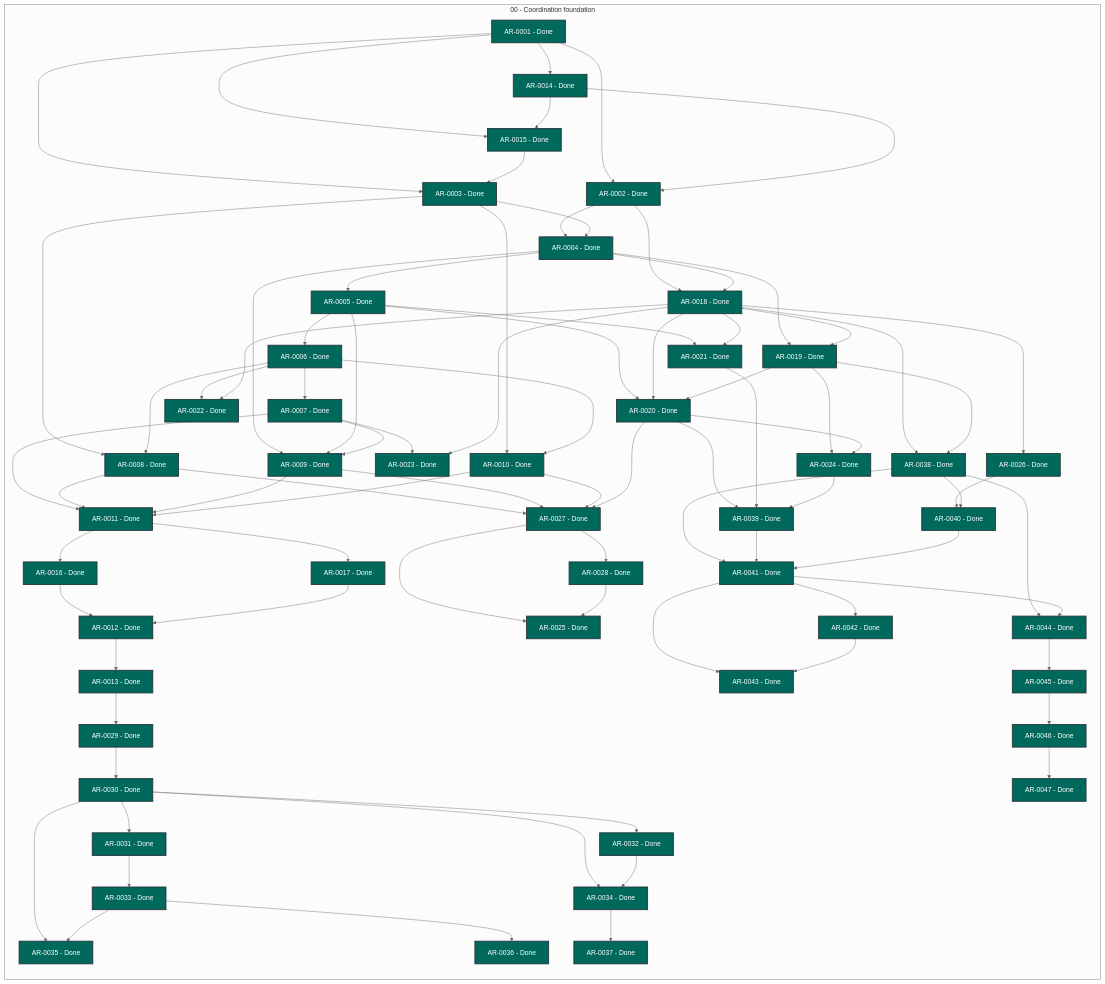
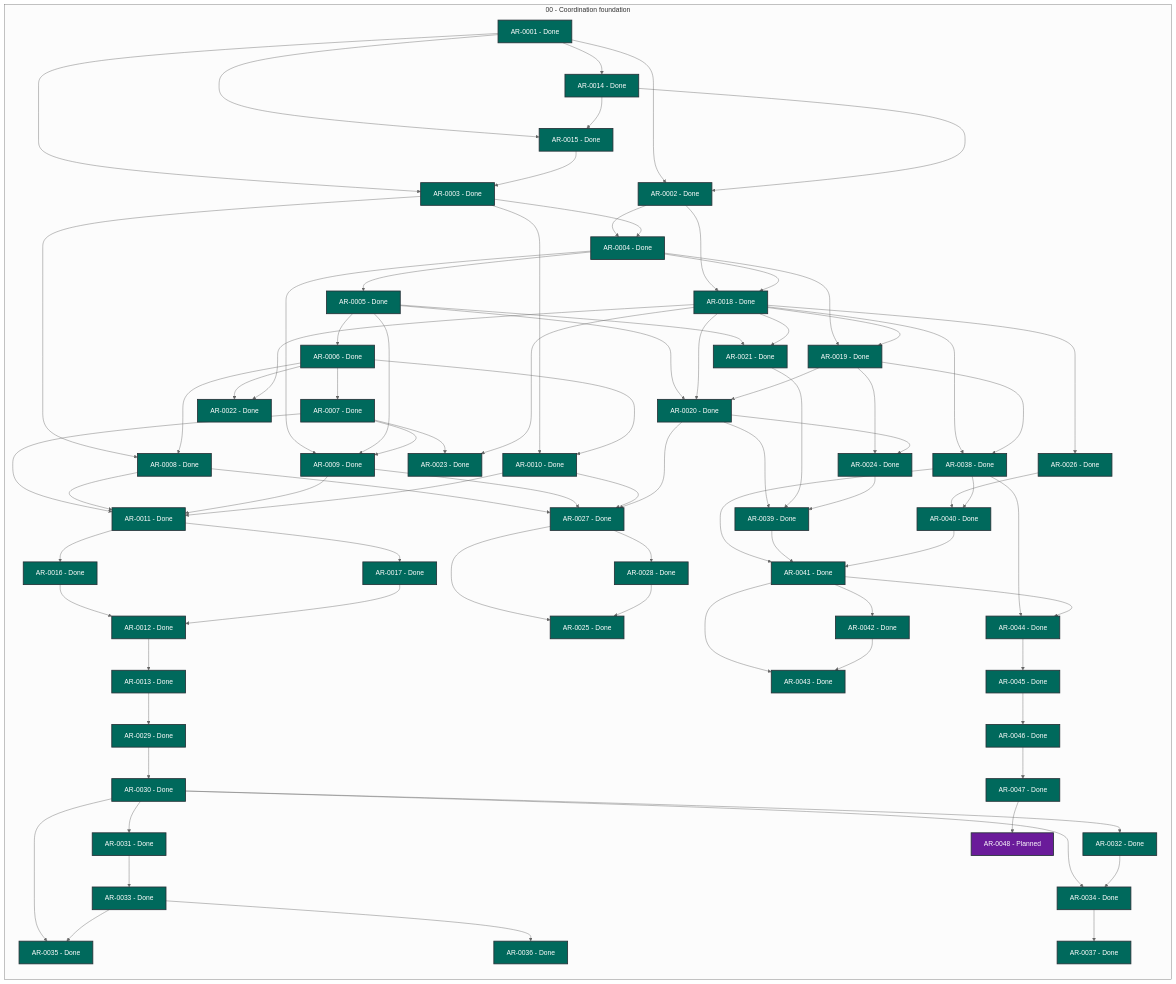
The diagram in STATUS.md (martin-beck/agent-workflow-tui-state), drawn with Mermaid (neutral theme) before and after one commit. The commit also changed other lines of this file and 3 other files, not shown here.

```diff
--- a/STATUS.md
+++ b/STATUS.md
@@ -75,6 +75,7 @@
         AR_0045["AR-0045 - Done"]:::status_done
         AR_0046["AR-0046 - Done"]:::status_done
         AR_0047["AR-0047 - Done"]:::status_done
+        AR_0048["AR-0048 - Planned"]:::status_planned
     end
     AR_0001 --> AR_0002
     AR_0001 --> AR_0003
@@ -156,6 +157,7 @@
     AR_0044 --> AR_0045
     AR_0045 --> AR_0046
     AR_0046 --> AR_0047
+    AR_0047 --> AR_0048
     classDef status_in_progress fill:#1565c0,color:#ffffff,stroke:#263238,stroke-width:2px
     classDef status_open fill:#2e7d32,color:#ffffff,stroke:#263238,stroke-width:2px
     classDef status_blocked fill:#c62828,color:#ffffff,stroke:#263238,stroke-width:2px
```
